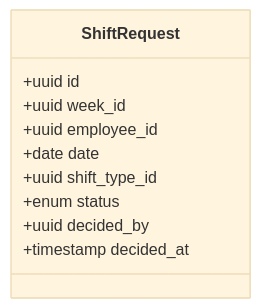
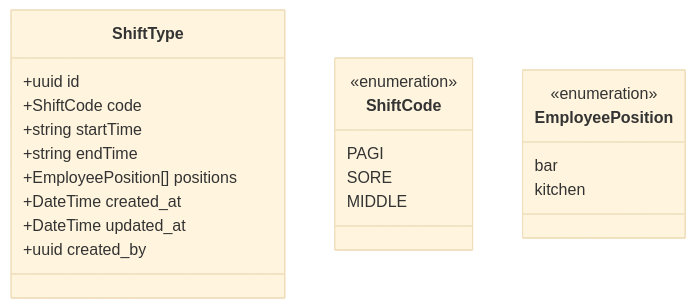
The fourth of 6 diagrams in .qoder/repowiki/en/content/Product Requirements Document/Data Model Design.md (epo33m/scheduling), drawn with Mermaid (base theme) before and after one commit. The commit also changed other lines of this file and 50 other files, not shown here.

````diff
--- a/.qoder/repowiki/en/content/Product Requirements Document/Data Model Design.md
+++ b/.qoder/repowiki/en/content/Product Requirements Document/Data Model Design.md
@@ -348,13 +210,24 @@
 ```mermaid
 classDiagram
-class ShiftRequest {
+class ShiftType {
 +uuid id
-+uuid week_id
-+uuid employee_id
-+date date
-+uuid shift_type_id
-+enum status
-+uuid decided_by
-+timestamp decided_at
++ShiftCode code
++string startTime
++string endTime
++EmployeePosition[] positions
++DateTime created_at
++DateTime updated_at
++uuid created_by
+}
+class ShiftCode {
+<<enumeration>>
+PAGI
+SORE
+MIDDLE
+}
+class EmployeePosition {
+<<enumeration>>
+bar
+kitchen
 }
 ```
````
